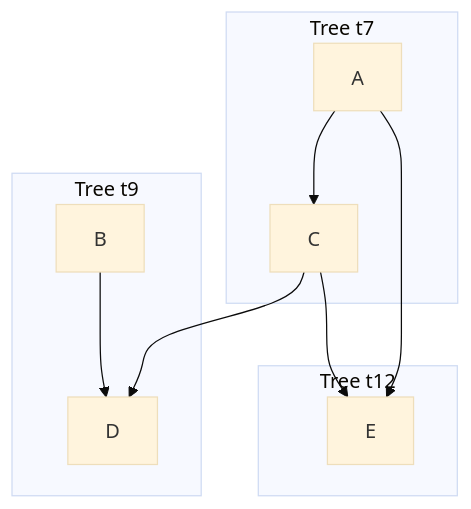
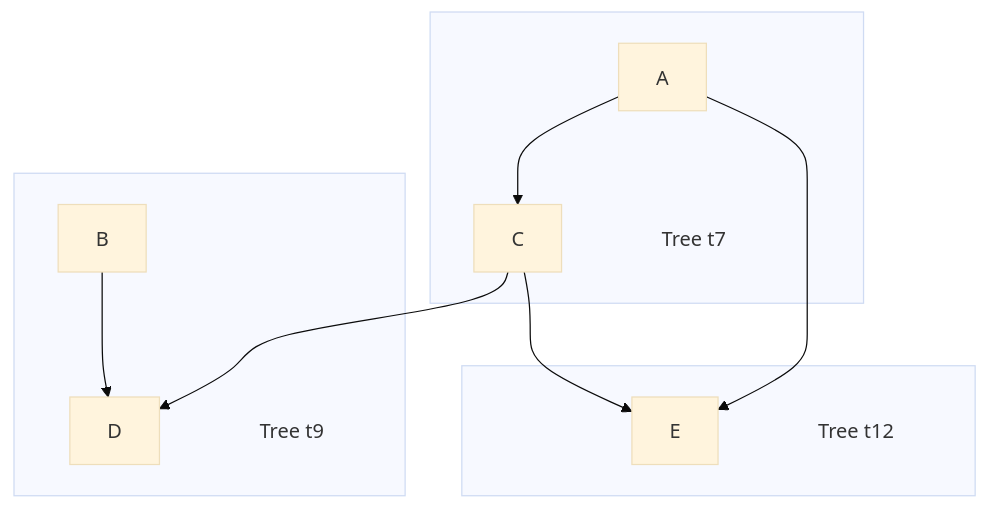
One commit to fbk-most/civic-digital-twins changed the second of 2 diagrams in docs/design/dd-000-engine.md. Above: the diagram before and after it, drawn with Mermaid (base theme).

````diff
--- a/docs/design/dd-000-engine.md
+++ b/docs/design/dd-000-engine.md
@@ -504,16 +504,21 @@
 ```mermaid
 graph TD
-  subgraph Tree t7
+  subgraph " "
     A --> C
+    T7["Tree t7"]
+  end
+  subgraph "  "
+    B --> D
+    C --> D
+    T9["Tree t9"]
+  end
+  subgraph "   "
+    A --> E
+    C --> E
+    T12["Tree t12"]
   end
 
-  subgraph Tree t9
-    B --> D
-    C --> D
-  end
-
-  subgraph Tree t12
-    A --> E
-    C --> E
-  end
+  style T7 fill:transparent,stroke:none
+  style T9 fill:transparent,stroke:none
+  style T12 fill:transparent,stroke:none
 ```
````
